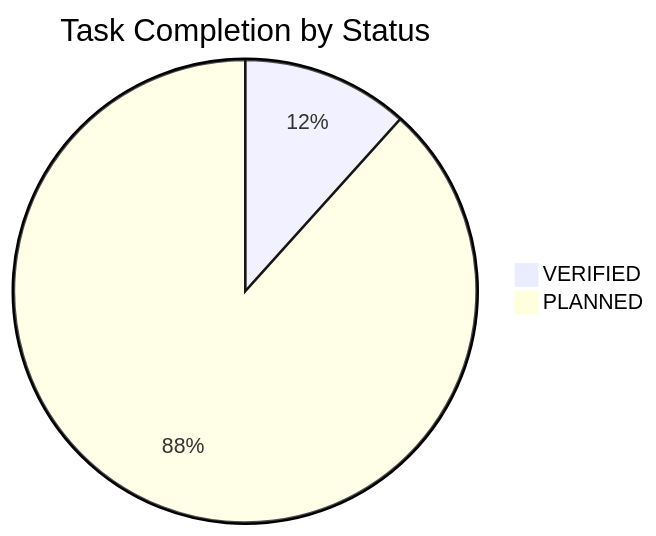
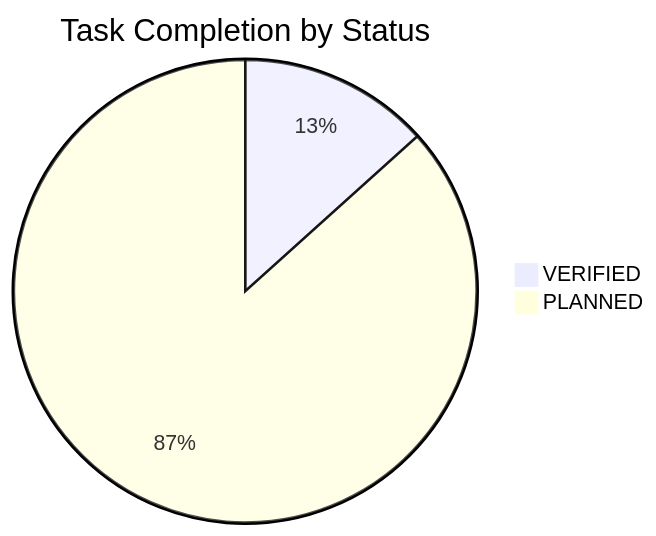
One commit to NguyenTriBaoThang/ClearWayAI changed the diagram in docs/TASK_BOARD.md. Above: the diagram before and after it, drawn with Mermaid. The commit also changed other lines of this file and 7 other files, not shown here.

````diff
--- a/docs/TASK_BOARD.md
+++ b/docs/TASK_BOARD.md
@@ -16,5 +16,5 @@
 ```mermaid
 pie title Task Completion by Status
-    "VERIFIED" : 7
-    "PLANNED" : 53
+    "VERIFIED" : 8
+    "PLANNED" : 52
 ```
````
